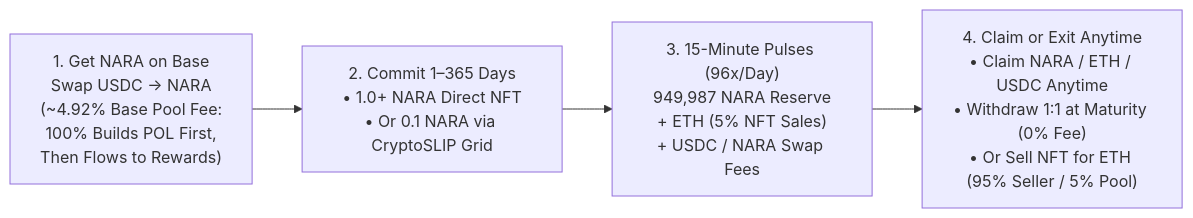
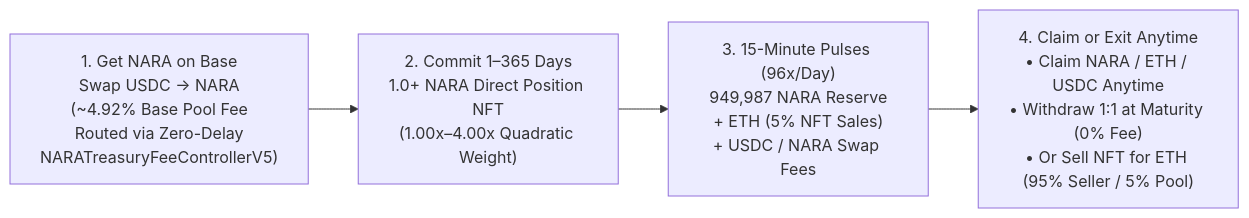
Before and after one commit to NARAProtocol/nara_protocol: the diagram in README.md, drawn with Mermaid. The commit also changed other lines of this file and 19 other files, not shown here.

Commit message:
docs: align V5 zero-delay fee routing, 1.0 NARA position NFTs & CryptoSLIP payment slips (#22)

````diff
--- a/README.md
+++ b/README.md
@@ -68,6 +68,6 @@
 ```mermaid
 flowchart LR
-    A["1. Get NARA on Base<br/>Swap USDC → NARA<br/>(~4.92% Base Pool Fee:<br/>100% Builds POL First,<br/>Then Flows to Rewards)"] --> B["2. Commit 1–365 Days<br/>• 1.0+ NARA Direct NFT<br/>• Or 0.1 NARA via CryptoSLIP Grid"]
+    A["1. Get NARA on Base<br/>Swap USDC → NARA<br/>(~4.92% Base Pool Fee<br/>Routed via Zero-Delay<br/>NARATreasuryFeeControllerV5)"] --> B["2. Commit 1–365 Days<br/>1.0+ NARA Direct Position NFT<br/>(1.00x–4.00x Quadratic Weight)"]
     B --> C["3. 15-Minute Pulses (96x/Day)<br/>949,987 NARA Reserve<br/>+ ETH (5% NFT Sales)<br/>+ USDC / NARA Swap Fees"]
     C --> D["4. Claim or Exit Anytime<br/>• Claim NARA / ETH / USDC Anytime<br/>• Withdraw 1:1 at Maturity (0% Fee)<br/>• Or Sell NFT for ETH (95% Seller / 5% Pool)"]
 ```
````
